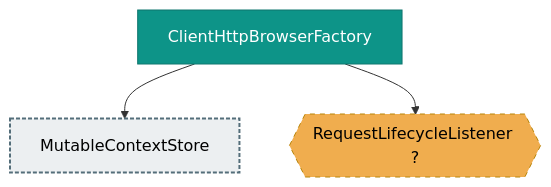
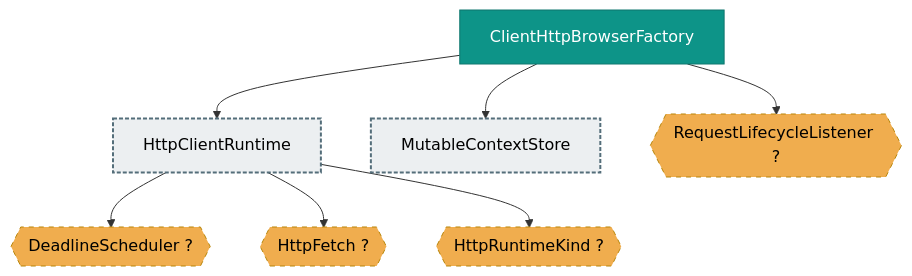
One commit to deanhiller/webpieces-ts changed the diagram in packages/http/http-client-browser/design.md. Above: the diagram before and after it, drawn with Mermaid. The commit also changed other lines of this file and 27 other files, not shown here.

First line of the commit message:
Inject HTTP transport and deadline scheduler per client factory; fail fast for unconfigured React Native (#1446)

````diff
--- a/packages/http/http-client-browser/design.md
+++ b/packages/http/http-client-browser/design.md
@@ -13,15 +13,23 @@
 ```mermaid
 graph TD
     ClientHttpBrowserFactory["ClientHttpBrowserFactory"]:::apiImpl
+    DeadlineScheduler{{"DeadlineScheduler ?"}}:::unresolved
+    HttpClientRuntime["HttpClientRuntime"]:::many
+    HttpFetch{{"HttpFetch ?"}}:::unresolved
+    HttpRuntimeKind{{"HttpRuntimeKind ?"}}:::unresolved
     MutableContextStore["MutableContextStore"]:::many
     RequestLifecycleListener{{"RequestLifecycleListener ?"}}:::unresolved
+    ClientHttpBrowserFactory --> HttpClientRuntime
     ClientHttpBrowserFactory --> MutableContextStore
     ClientHttpBrowserFactory --> RequestLifecycleListener
+    HttpClientRuntime --> DeadlineScheduler
+    HttpClientRuntime --> HttpFetch
+    HttpClientRuntime --> HttpRuntimeKind
     classDef controller fill:#1f6feb,color:#ffffff,stroke:#0d419d
     classDef apiImpl fill:#0d9488,color:#ffffff,stroke:#0f766e
     classDef component fill:#2da44e,color:#ffffff,stroke:#1a7f37
     classDef unresolved fill:#f0ad4e,color:#000000,stroke:#b8860b,stroke-dasharray: 5 5
     classDef external fill:#b39ddb,color:#000000,stroke:#5e35b1,stroke-width:3px
     classDef api fill:#4fc3f7,color:#000000,stroke:#0277bd,stroke-width:3px
     classDef many fill:#eceff1,color:#000000,stroke:#546e7a,stroke-width:2px,stroke-dasharray: 4 2
 ```
````
